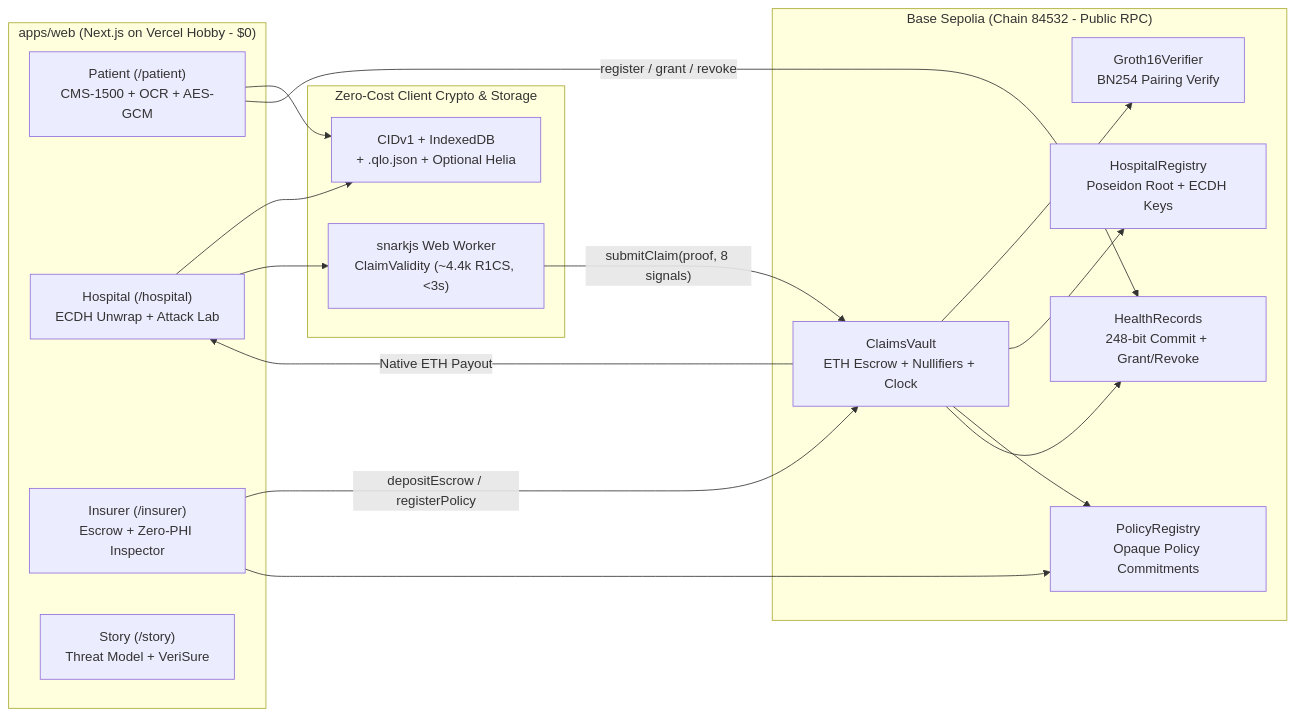
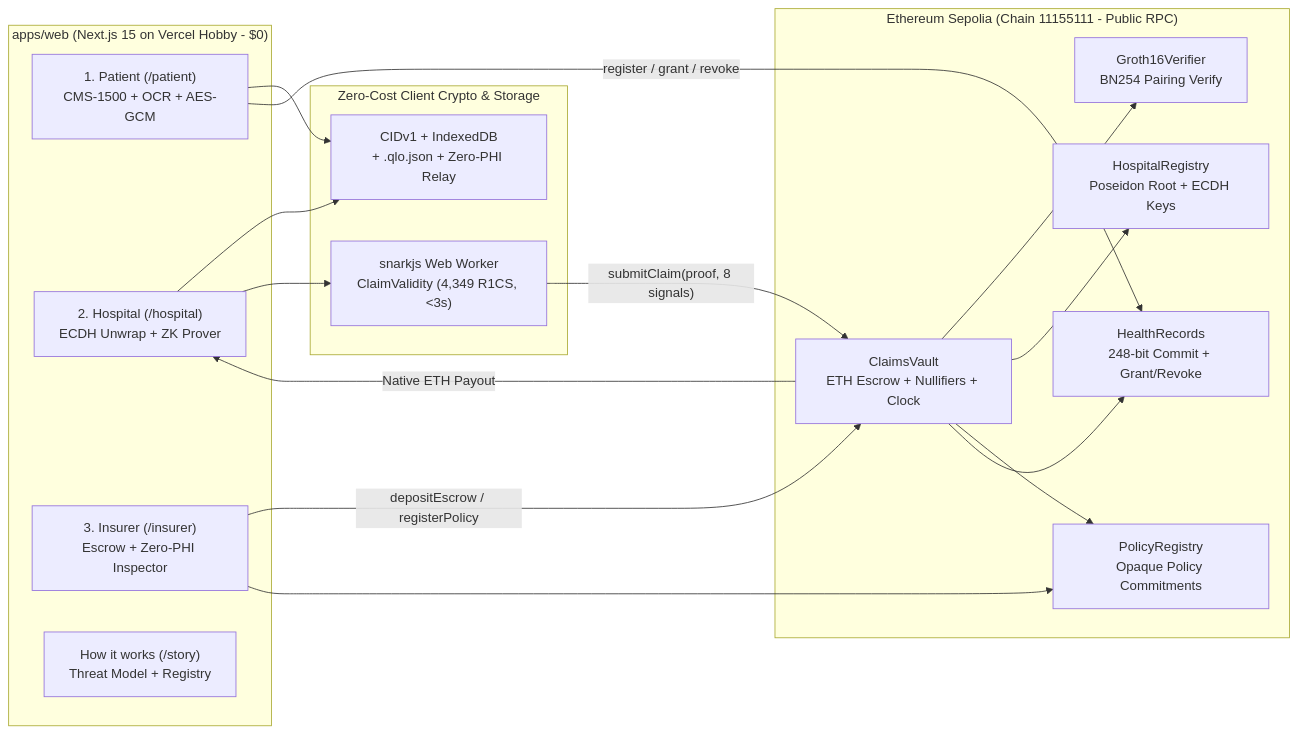
One commit to SM1LE-X/Qlo changed the diagram in README.md. Above: the diagram before and after it, drawn with Mermaid. The commit also changed other lines of this file and 13 other files, not shown here.

Commit message:
feat: add CSP, live relay protection, Sepolia E2E settlement proof & synced docs

````diff
--- a/README.md
+++ b/README.md
@@ -21,35 +29,35 @@
 ```mermaid
 flowchart LR
-  subgraph web ["apps/web (Next.js on Vercel Hobby - $0)"]
-    Patient["Patient (/patient)\nCMS-1500 + OCR + AES-GCM"]
-    Hospital["Hospital (/hospital)\nECDH Unwrap + Attack Lab"]
-    Insurer["Insurer (/insurer)\nEscrow + Zero-PHI Inspector"]
-    Story["Story (/story)\nThreat Model + VeriSure"]
+  subgraph web ["apps/web (Next.js 15 on Vercel Hobby - $0)"]
+    Patient["1. Patient (/patient)\nCMS-1500 + OCR + AES-GCM"]
+    Hospital["2. Hospital (/hospital)\nECDH Unwrap + ZK Prover"]
+    Insurer["3. Insurer (/insurer)\nEscrow + Zero-PHI Inspector"]
+    Story["How it works (/story)\nThreat Model + Registry"]
   end
 
   subgraph local ["Zero-Cost Client Crypto & Storage"]
-    CIDStore["CIDv1 + IndexedDB\n+ .qlo.json + Optional Helia"]
-    Prover["snarkjs Web Worker\nClaimValidity (~4.4k R1CS, <3s)"]
+    CIDStore["CIDv1 + IndexedDB\n+ .qlo.json + Zero-PHI Relay"]
+    Prover["snarkjs Web Worker\nClaimValidity (4,349 R1CS, <3s)"]
   end
 
-  subgraph chain ["Base Sepolia (Chain 84532 - Public RPC)"]
+  subgraph chain ["Ethereum Sepolia (Chain 11155111 - Public RPC)"]
     HReg["HospitalRegistry\nPoseidon Root + ECDH Keys"]
     PReg["PolicyRegistry\nOpaque Policy Commitments"]
     HRec["HealthRecords\n248-bit Commit + Grant/Revoke"]
     Vault["ClaimsVault\nETH Escrow + Nullifiers + Clock"]
     Ver["Groth16Verifier\nBN254 Pairing Verify"]
   end
 
   Patient --> CIDStore
   Patient -->|"register / grant / revoke"| HRec
   Hospital --> CIDStore
   Hospital --> Prover
   Prover -->|"submitClaim(proof, 8 signals)"| Vault
   Vault --> Ver
   Vault --> HReg
   Vault --> PReg
   Vault --> HRec
   Vault -->|"Native ETH Payout"| Hospital
   Insurer -->|"depositEscrow / registerPolicy"| Vault
   Insurer --> PReg
 ```
````
